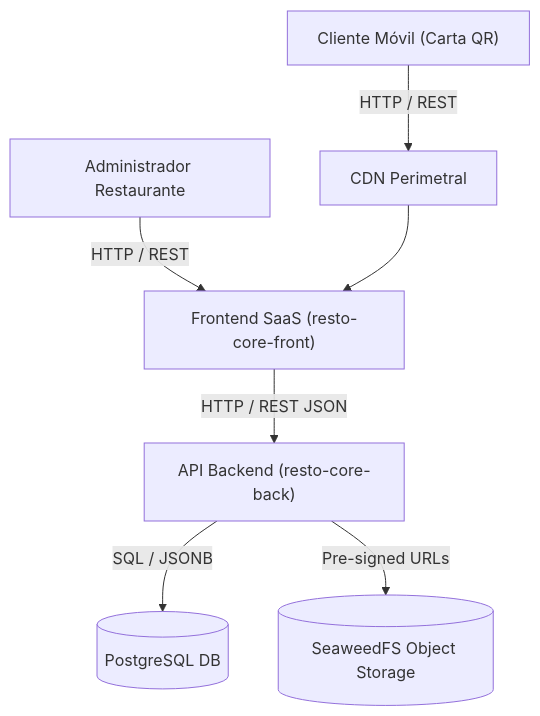
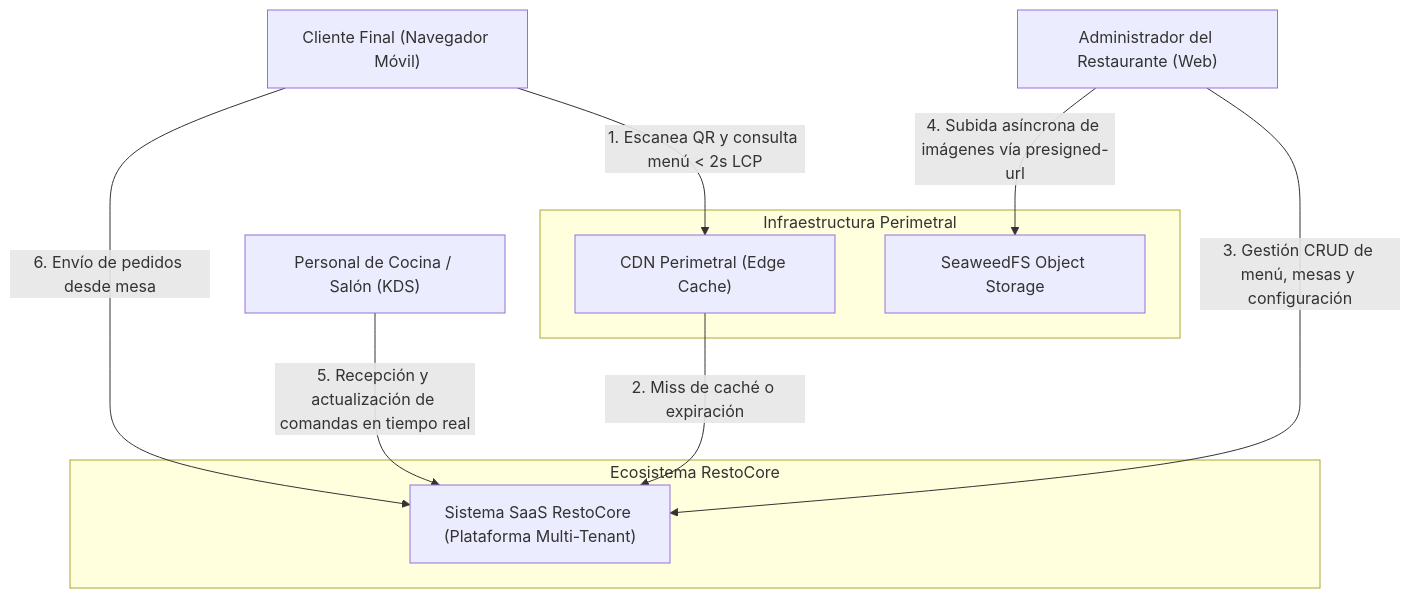
Before and after one commit to Manu07Alvarez/RestoCore-Docs: the first of 2 diagrams in docs/Website/docs/developers/modelo-c4-sistema.md, drawn with Mermaid. The commit also changed other lines of this file and 2 other files, not shown here.

Commit message:
docs(c4): record Level 1 System Context and Level 2 Container C4 architecture diagrams, refs diagrams/c4-level1-context.md diagrams/c4-level2-containers.md

````diff
--- a/docs/Website/docs/developers/modelo-c4-sistema.md
+++ b/docs/Website/docs/developers/modelo-c4-sistema.md
@@ -9,9 +11,22 @@
 ```mermaid
 graph TD
-    User["Cliente Móvil (Carta QR)"] -->|HTTP / REST| CDN["CDN Perimetral"]
-    Admin["Administrador Restaurante"] -->|HTTP / REST| Front["Frontend SaaS (resto-core-front)"]
-    CDN --> Front
-    Front -->|HTTP / REST JSON| Back["API Backend (resto-core-back)"]
-    Back -->|SQL / JSONB| DB[("PostgreSQL DB")]
-    Back -->|Pre-signed URLs| S3[("SeaweedFS Object Storage")]
+    Cliente["Cliente Final (Navegador Móvil)"]
+    Admin["Administrador del Restaurante (Web)"]
+    Cocina["Personal de Cocina / Salón (KDS)"]
+
+    subgraph Ecosistema RestoCore
+        RestoCoreSystem["Sistema SaaS RestoCore (Plataforma Multi-Tenant)"]
+    end
+
+    subgraph Infraestructura Perimetral
+        CDN["CDN Perimetral (Edge Cache)"]
+        SeaweedFS["SeaweedFS Object Storage"]
+    end
+
+    Cliente -->|1. Escanea QR y consulta menú < 2s LCP| CDN
+    CDN -->|2. Miss de caché o expiración| RestoCoreSystem
+    Admin -->|3. Gestión CRUD de menú, mesas y configuración| RestoCoreSystem
+    Admin -->|4. Subida asíncrona de imágenes vía presigned-url| SeaweedFS
+    Cocina -->|5. Recepción y actualización de comandas en tiempo real| RestoCoreSystem
+    Cliente -->|6. Envío de pedidos desde mesa| RestoCoreSystem
 ```
````
